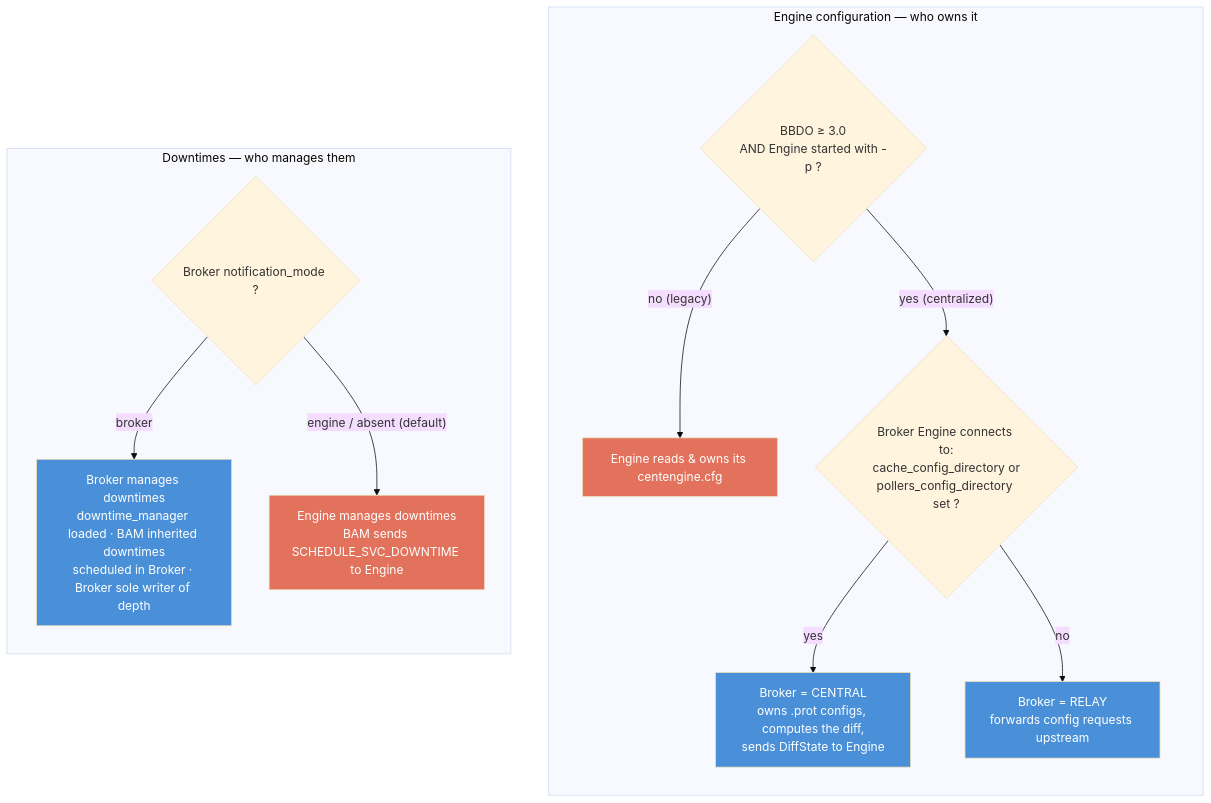
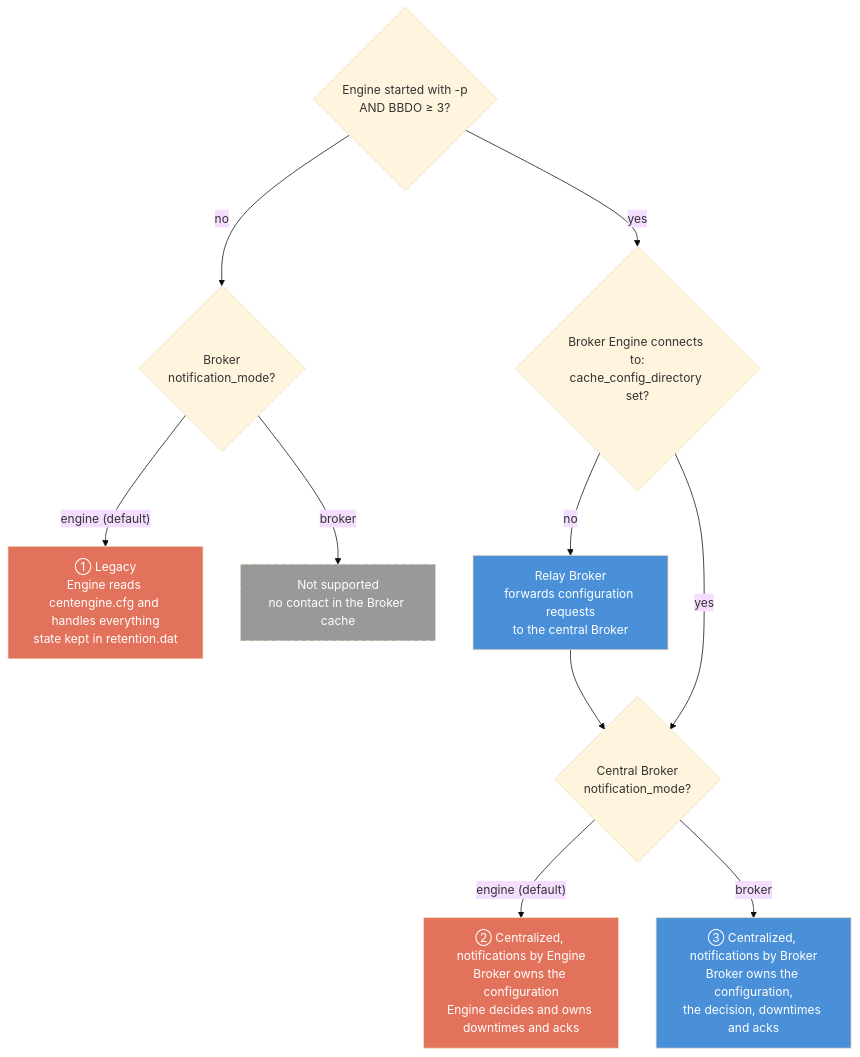
Before and after one commit to centreon/centreon-collect: the second of 50 diagrams in doc/nego-engine-broker-en.md, drawn with Mermaid (base theme). The commit also changed other lines of this file and 2 other files, not shown here.

Commit message:
chore(doc): nego-engine-broker completed about various modes

````diff
--- a/doc/nego-engine-broker-en.md
+++ b/doc/nego-engine-broker-en.md
@@ -373,21 +368,17 @@
 ```mermaid
 flowchart TD
     classDef engine fill:#e2725b,color:#fff;
     classDef broker fill:#4a90d9,color:#fff;
+    classDef ko fill:#999,color:#fff,stroke-dasharray: 5 5;
 
-    subgraph CONF["Engine configuration — who owns it"]
-        direction TB
-        Q1{"BBDO ≥ 3.0<br/>AND Engine started with -p ?"}
-        Q1 -- "no (legacy)" --> ENGCONF["Engine reads & owns its centengine.cfg"]:::engine
-        Q1 -- "yes (centralized)" --> Q2{"Broker Engine connects to:<br/>cache_config_directory or<br/>pollers_config_directory set ?"}
-        Q2 -- "yes" --> CENTRAL["Broker = CENTRAL<br/>owns .prot configs, computes the diff,<br/>sends DiffState to Engine"]:::broker
-        Q2 -- "no" --> RELAY["Broker = RELAY<br/>forwards config requests upstream"]:::broker
-    end
-
-    subgraph DT["Downtimes — who manages them"]
-        direction TB
-        Q3{"Broker notification_mode ?"}
-        Q3 -- "broker" --> DTBROKER["Broker manages downtimes<br/>downtime_manager loaded · BAM inherited downtimes<br/>scheduled in Broker · Broker sole writer of depth"]:::broker
-        Q3 -- "engine / absent (default)" --> DTENGINE["Engine manages downtimes<br/>BAM sends SCHEDULE_SVC_DOWNTIME to Engine"]:::engine
-    end
+    Q1{"Engine started with -p<br/>AND BBDO ≥ 3?"}
+    Q1 -- "no" --> QL{"Broker<br/>notification_mode?"}
+    QL -- "engine (default)" --> C1["① Legacy<br/>Engine reads centengine.cfg and handles everything<br/>state kept in retention.dat"]:::engine
+    QL -- "broker" --> KO["Not supported<br/>no contact in the Broker cache"]:::ko
+    Q1 -- "yes" --> Q2{"Broker Engine connects to:<br/>cache_config_directory set?"}
+    Q2 -- "no" --> RELAY["Relay Broker<br/>forwards configuration requests<br/>to the central Broker"]:::broker
+    RELAY --> Q3
+    Q2 -- "yes" --> Q3{"Central Broker<br/>notification_mode?"}
+    Q3 -- "engine (default)" --> C2["② Centralized, notifications by Engine<br/>Broker owns the configuration<br/>Engine decides and owns downtimes and acks"]:::engine
+    Q3 -- "broker" --> C3["③ Centralized, notifications by Broker<br/>Broker owns the configuration,<br/>the decision, downtimes and acks"]:::broker
 ```
````
